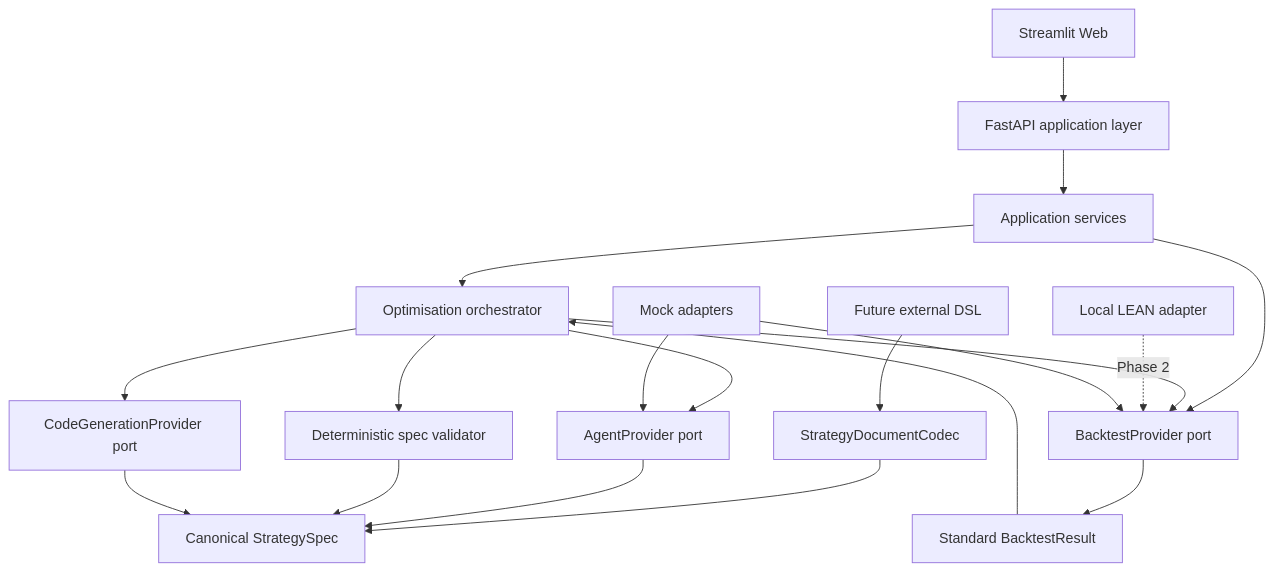
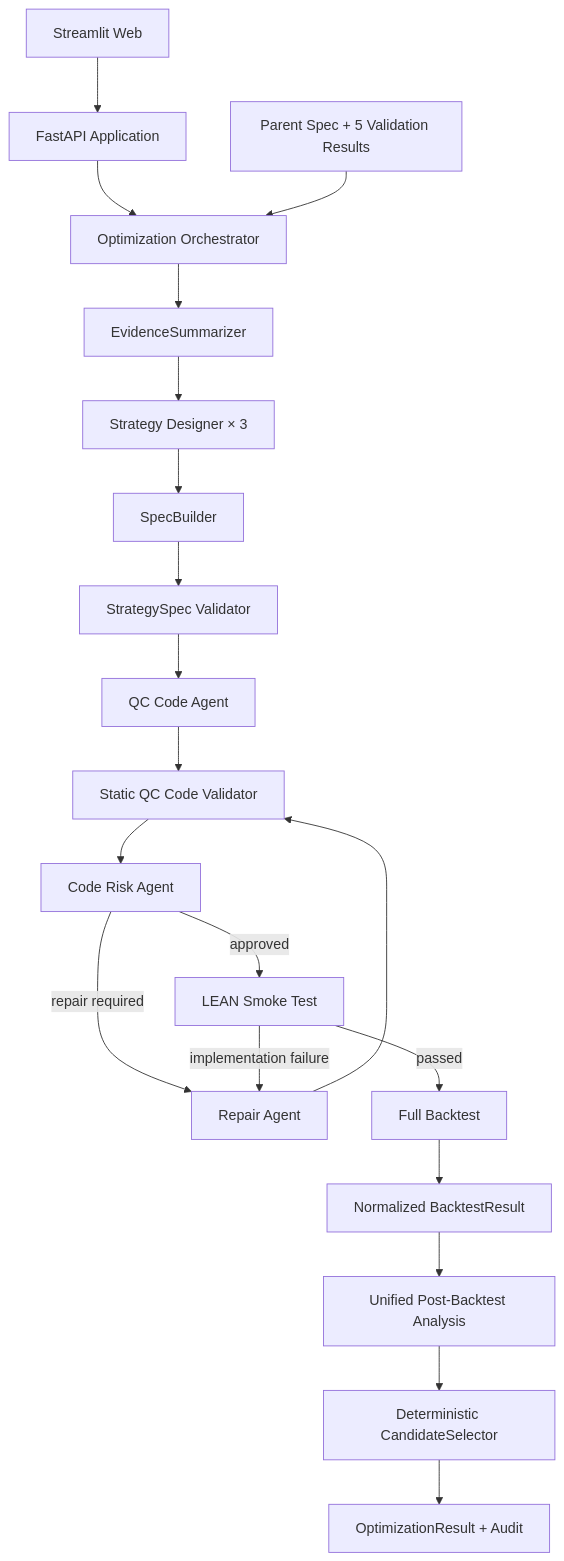
One commit to FrankForest1003/AlphaForge changed the diagram in docs/architecture/SYSTEM_ARCHITECTURE.md. Above: the diagram before and after it, drawn with Mermaid. The commit also changed other lines of this file and 55 other files, not shown here.

Commit message:
Refactor agent optimization pipeline

````diff
--- a/docs/architecture/SYSTEM_ARCHITECTURE.md
+++ b/docs/architecture/SYSTEM_ARCHITECTURE.md
@@ -5,21 +5,22 @@
 ```mermaid
 flowchart TD
-  WEB["Streamlit Web"] --> API["FastAPI application layer"]
-  API --> SVC["Application services"]
-  SVC --> ORCH["Optimisation orchestrator"]
-  SVC --> BPORT["BacktestProvider port"]
-  ORCH --> APORT["AgentProvider port"]
-  ORCH --> VALID["Deterministic spec validator"]
-  ORCH --> CPORT["CodeGenerationProvider port"]
-  ORCH --> BPORT
-  DSL["Future external DSL"] --> CODEC["StrategyDocumentCodec"]
-  CODEC --> SPEC["Canonical StrategySpec"]
-  APORT --> SPEC
-  VALID --> SPEC
-  CPORT --> SPEC
-  BPORT --> RESULT["Standard BacktestResult"]
-  RESULT --> ORCH
-  LEAN["Local LEAN adapter"] -. "Phase 2" .-> BPORT
-  MOCK["Mock adapters"] --> APORT
-  MOCK --> BPORT
+  WEB["Streamlit Web"] --> API["FastAPI Application"]
+  API --> ORCH["Optimization Orchestrator"]
+  INPUT["Parent Spec + 5 Validation Results"] --> ORCH
+  ORCH --> SUMMARY["EvidenceSummarizer"]
+  SUMMARY --> DESIGN["Strategy Designer × 3"]
+  DESIGN --> BUILD["SpecBuilder"]
+  BUILD --> SPECVAL["StrategySpec Validator"]
+  SPECVAL --> CODE["QC Code Agent"]
+  CODE --> STATIC["Static QC Code Validator"]
+  STATIC --> RISK["Code Risk Agent"]
+  RISK -->|"repair required"| REPAIR["Repair Agent"]
+  REPAIR --> STATIC
+  RISK -->|"approved"| SMOKE["LEAN Smoke Test"]
+  SMOKE -->|"implementation failure"| REPAIR
+  SMOKE -->|"passed"| FULL["Full Backtest"]
+  FULL --> NORMAL["Normalized BacktestResult"]
+  NORMAL --> ANALYSIS["Unified Post-Backtest Analysis"]
+  ANALYSIS --> SELECT["Deterministic CandidateSelector"]
+  SELECT --> RESULT["OptimizationResult + Audit"]
 ```
````
